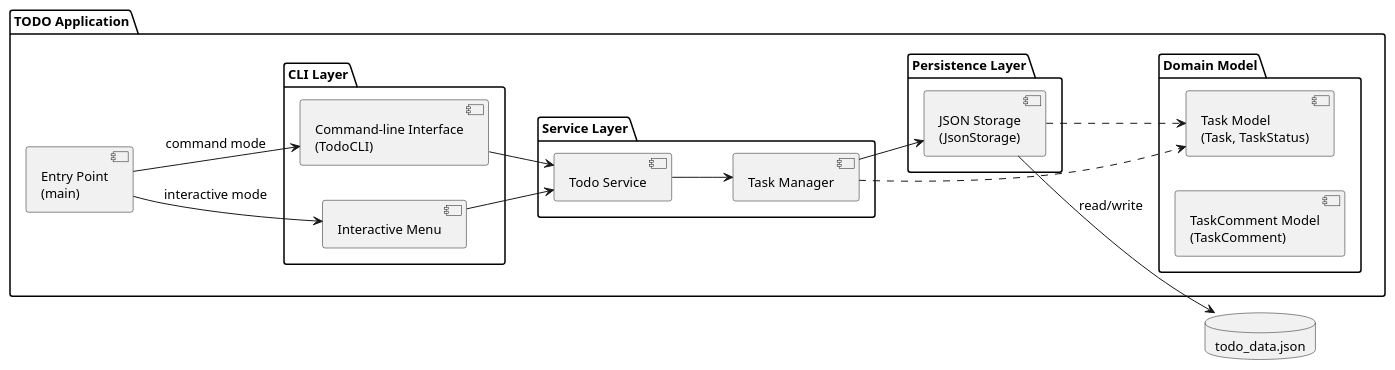
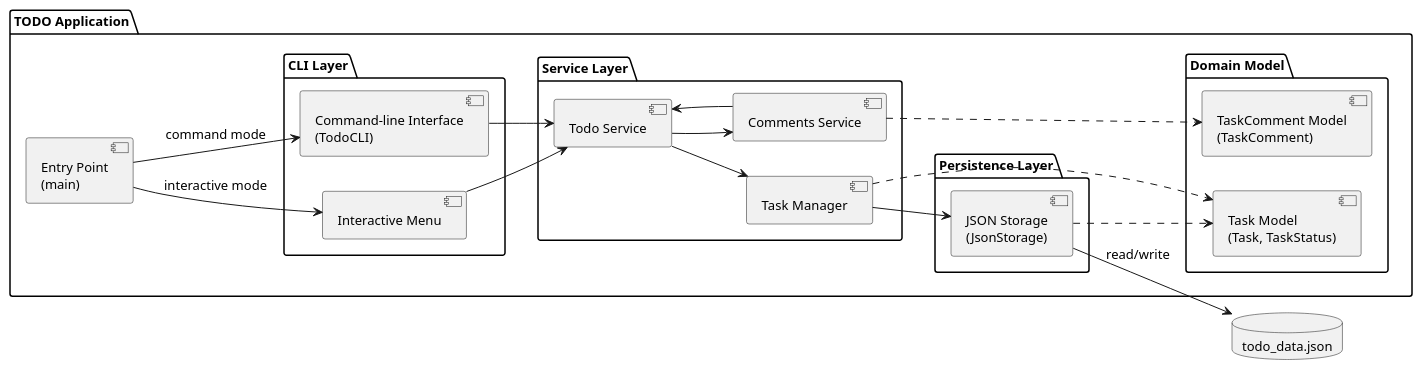
One commit to DanielRiha8906/Software_autoevolution_using_agents changed the diagram in experiments/supervisor_as_tools/test_driven/TODO/artifacts/component_diagram.puml. Above: the diagram before and after it, drawn with PlantUML. The commit also changed 5 other files, not shown here.

First line of the commit message:
task 04: Implement CommentsService with lifecycle management

```diff
--- a/experiments/supervisor_as_tools/test_driven/TODO/artifacts/component_diagram.puml
+++ b/experiments/supervisor_as_tools/test_driven/TODO/artifacts/component_diagram.puml
@@ -1,47 +1,52 @@
 @startuml component_diagram
 
 skinparam componentStyle uml2
 skinparam defaultFontSize 13
 
 left to right direction
 
 package "TODO Application" {
 
     component "Entry Point\n(main)" as Main
 
     package "CLI Layer" {
         component "Interactive Menu" as IM
         component "Command-line Interface\n(TodoCLI)" as CLI
     }
 
     package "Service Layer" {
         component "Todo Service" as SVC
         component "Task Manager" as MGR
+        component "Comments Service" as CS
     }
 
     package "Domain Model" {
         component "Task Model\n(Task, TaskStatus)" as Model
         component "TaskComment Model\n(TaskComment)" as CommentModel
     }
 
     package "Persistence Layer" {
         component "JSON Storage\n(JsonStorage)" as Storage
     }
 }
 
 database "todo_data.json" as DB
 
 Main --> IM : interactive mode
 Main --> CLI : command mode
 
 IM --> SVC
 CLI --> SVC
 
 SVC --> MGR
+SVC --> CS
+CS --> SVC
+CS ..> CommentModel
+
 MGR --> Storage
 MGR ..> Model
 Storage ..> Model
 
 Storage --> DB : read/write
 
 @enduml
```
